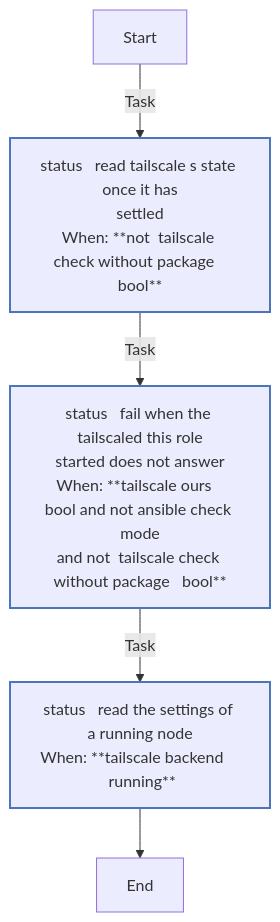
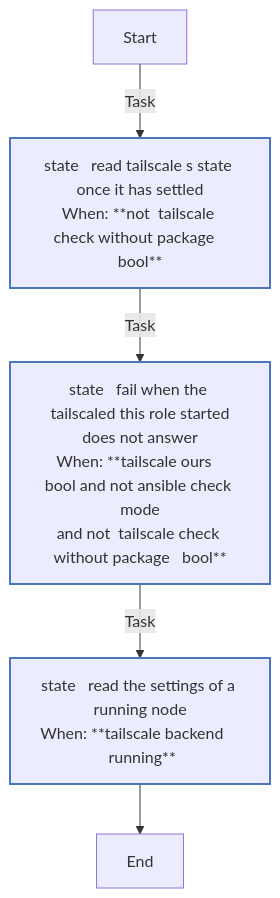
Before and after one commit to kawadeomkar/claude-on-proxmox: diagram 11 of 13 in docs/reference/roles/tailscale.md, drawn with Mermaid. The commit also changed other lines of this file and 45 other files, not shown here.

````diff
--- a/docs/reference/roles/tailscale.md
+++ b/docs/reference/roles/tailscale.md
@@ -507,17 +523,17 @@
 ```mermaid
 flowchart TD
 Start
 classDef block stroke:#3498db,stroke-width:2px;
 classDef task stroke:#4b76bb,stroke-width:2px;
 classDef includeTasks stroke:#16a085,stroke-width:2px;
 classDef importTasks stroke:#34495e,stroke-width:2px;
 classDef includeRole stroke:#2980b9,stroke-width:2px;
 classDef importRole stroke:#699ba7,stroke-width:2px;
 classDef includeVars stroke:#8e44ad,stroke-width:2px;
 classDef rescue stroke:#665352,stroke-width:2px;
 
-  Start-->|Task| status___Read_Tailscale_s_state_once_it_has_settled0[status   read tailscale s state once it has<br>settled<br>When: **not  tailscale check without package   bool**]:::task
-  status___Read_Tailscale_s_state_once_it_has_settled0-->|Task| status___Fail_when_the_tailscaled_this_role_started_does_not_answer1[status   fail when the tailscaled this role<br>started does not answer<br>When: **tailscale ours   bool and not ansible check mode<br>and not  tailscale check without package   bool**]:::task
-  status___Fail_when_the_tailscaled_this_role_started_does_not_answer1-->|Task| status___Read_the_settings_of_a_running_node2[status   read the settings of a running node<br>When: **tailscale backend     running**]:::task
-  status___Read_the_settings_of_a_running_node2-->End
+  Start-->|Task| state___Read_Tailscale_s_state_once_it_has_settled0[state   read tailscale s state once it has settled<br>When: **not  tailscale check without package   bool**]:::task
+  state___Read_Tailscale_s_state_once_it_has_settled0-->|Task| state___Fail_when_the_tailscaled_this_role_started_does_not_answer1[state   fail when the tailscaled this role started<br>does not answer<br>When: **tailscale ours   bool and not ansible check mode<br>and not  tailscale check without package   bool**]:::task
+  state___Fail_when_the_tailscaled_this_role_started_does_not_answer1-->|Task| state___Read_the_settings_of_a_running_node2[state   read the settings of a running node<br>When: **tailscale backend     running**]:::task
+  state___Read_the_settings_of_a_running_node2-->End
 ```
````
